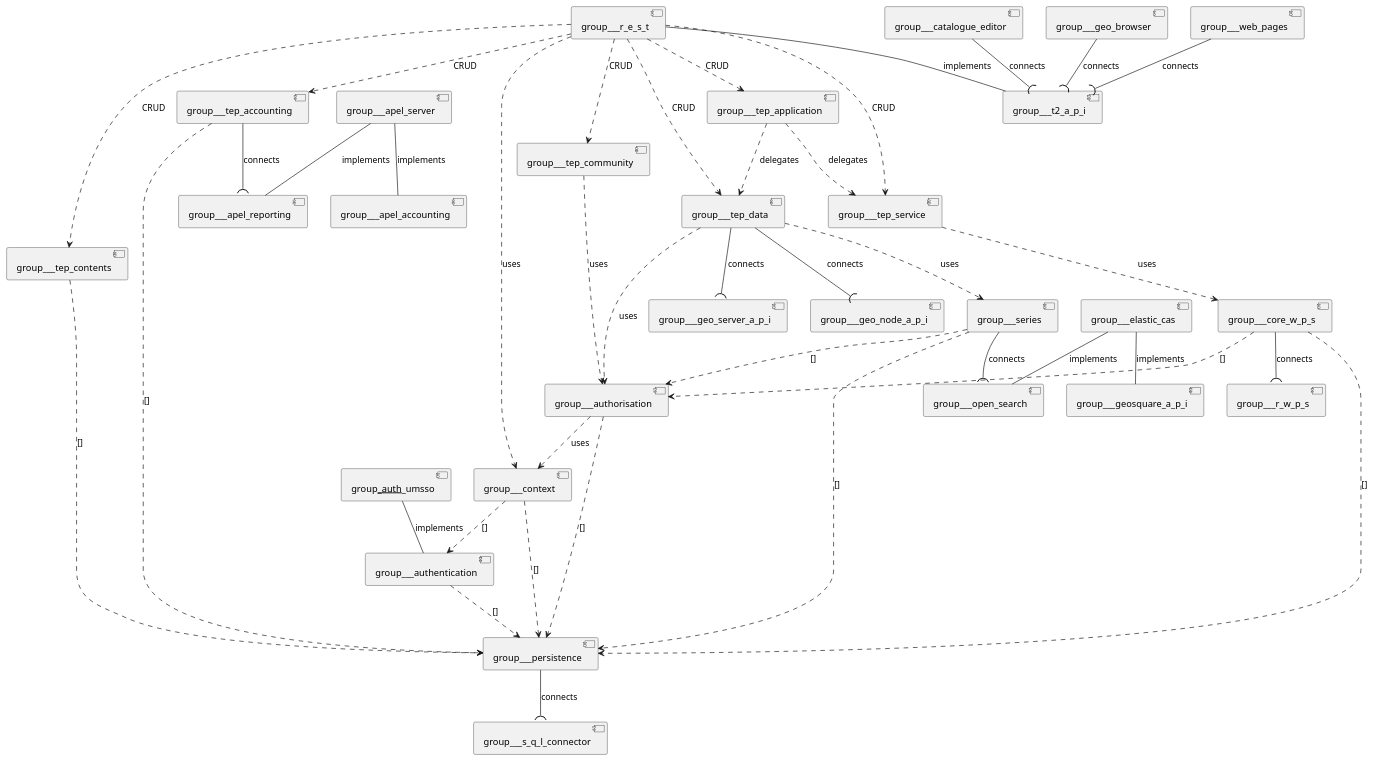
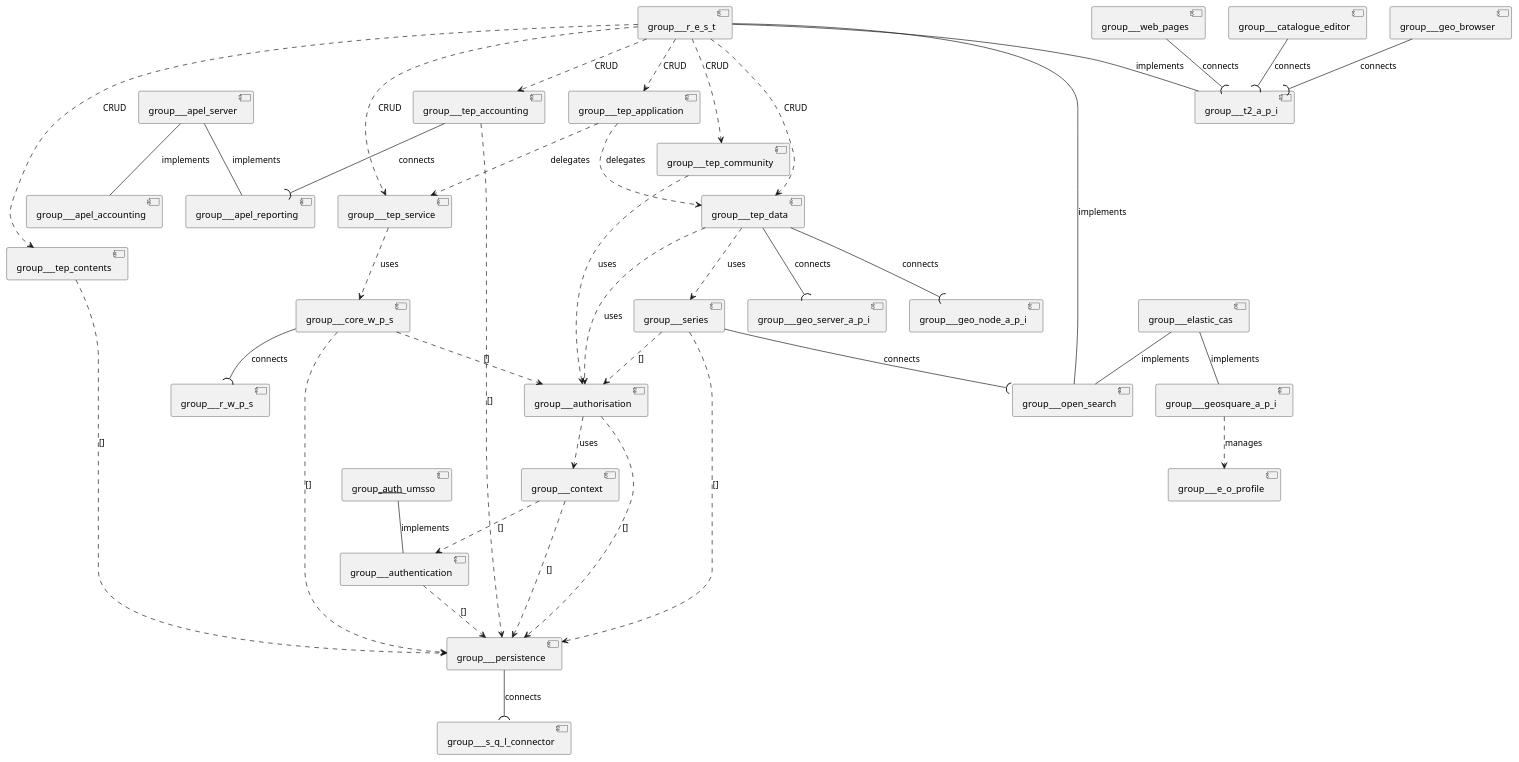
Before and after one commit to urban-tep/DDF-SDD: the diagram in source/groups/group_relations.iuml, drawn with PlantUML. The commit also changed 220 other files, not shown here.

```diff
--- a/source/groups/group_relations.iuml
+++ b/source/groups/group_relations.iuml
@@ -1,41 +1,42 @@
 @startuml
 [group___apel_server]  --  [group___apel_accounting] : implements
 [group___apel_server]  --  [group___apel_reporting] : implements
 [group___auth___umsso]  --  [group___authentication] : implements
 [group___authentication]  ..>  [group___persistence] : []
 [group___authorisation]  ..>  [group___persistence] : []
 [group___authorisation]  ..>  [group___context] : uses
 [group___catalogue_editor]  --(  [group___t2_a_p_i] : connects
 [group___context]  ..>  [group___persistence] : []
 [group___context]  ..>  [group___authentication] : []
 [group___core_w_p_s]  ..>  [group___persistence] : []
 [group___core_w_p_s]  ..>  [group___authorisation] : []
 [group___core_w_p_s]  --(  [group___r_w_p_s] : connects
 [group___elastic_cas]  --  [group___geosquare_a_p_i] : implements
 [group___elastic_cas]  --  [group___open_search] : implements
 [group___geo_browser]  --(  [group___t2_a_p_i] : connects
+[group___geosquare_a_p_i]  ..>  [group___e_o_profile] : manages
 [group___persistence]  --(  [group___s_q_l_connector] : connects
 [group___r_e_s_t]  ..>  [group___tep_accounting] : CRUD
 [group___r_e_s_t]  ..>  [group___tep_application] : CRUD
 [group___r_e_s_t]  ..>  [group___tep_community] : CRUD
 [group___r_e_s_t]  ..>  [group___tep_contents] : CRUD
 [group___r_e_s_t]  ..>  [group___tep_data] : CRUD
 [group___r_e_s_t]  ..>  [group___tep_service] : CRUD
-[group___r_e_s_t]  ..>  [group___context] : uses
 [group___r_e_s_t]  --  [group___t2_a_p_i] : implements
+[group___r_e_s_t]  --  [group___open_search] : implements
 [group___series]  --(  [group___open_search] : connects
 [group___series]  ..>  [group___persistence] : []
 [group___series]  ..>  [group___authorisation] : []
 [group___tep_accounting]  --(  [group___apel_reporting] : connects
 [group___tep_accounting]  ..>  [group___persistence] : []
 [group___tep_application]  ..>  [group___tep_data] : delegates
 [group___tep_application]  ..>  [group___tep_service] : delegates
 [group___tep_community]  ..>  [group___authorisation] : uses
 [group___tep_contents]  ..>  [group___persistence] : []
 [group___tep_data]  ..>  [group___authorisation] : uses
 [group___tep_data]  ..>  [group___series] : uses
 [group___tep_data]  --(  [group___geo_server_a_p_i] : connects
 [group___tep_data]  --(  [group___geo_node_a_p_i] : connects
 [group___tep_service]  ..>  [group___core_w_p_s] : uses
 [group___web_pages]  --(  [group___t2_a_p_i] : connects
 @enduml
```
